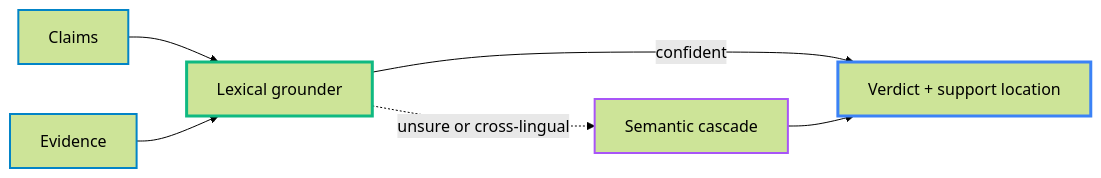
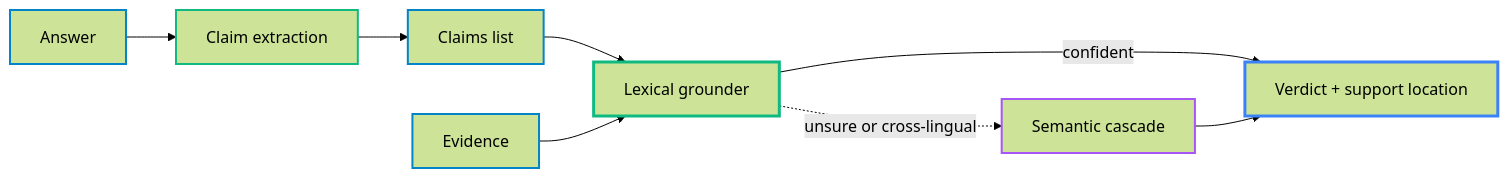
Before and after one commit to stellarshenson/groundrails: the first of 2 diagrams in README.md, drawn with Mermaid (forest theme). The commit also changed other lines of this file and 3 other files, not shown here.

````diff
--- a/README.md
+++ b/README.md
@@ -29,14 +33,18 @@
 ```mermaid
 flowchart LR
-    CL[Claims] --> LEX[Lexical grounder]
+    ANS[Answer] --> EXT[Claim extraction]
+    EXT --> CL[Claims list]
+    CL --> LEX[Lexical grounder]
     EV[Evidence] --> LEX
     LEX -->|confident| V[Verdict + support location]
     LEX -.->|unsure or cross-lingual| SEM[Semantic cascade]
     SEM --> V
 
+    style ANS stroke:#0284c7,stroke-width:2px
+    style EXT stroke:#10b981,stroke-width:2px
     style CL stroke:#0284c7,stroke-width:2px
     style EV stroke:#0284c7,stroke-width:2px
     style LEX stroke:#10b981,stroke-width:3px
     style SEM stroke:#a855f7,stroke-width:2px
     style V stroke:#3b82f6,stroke-width:3px
 ```
````
